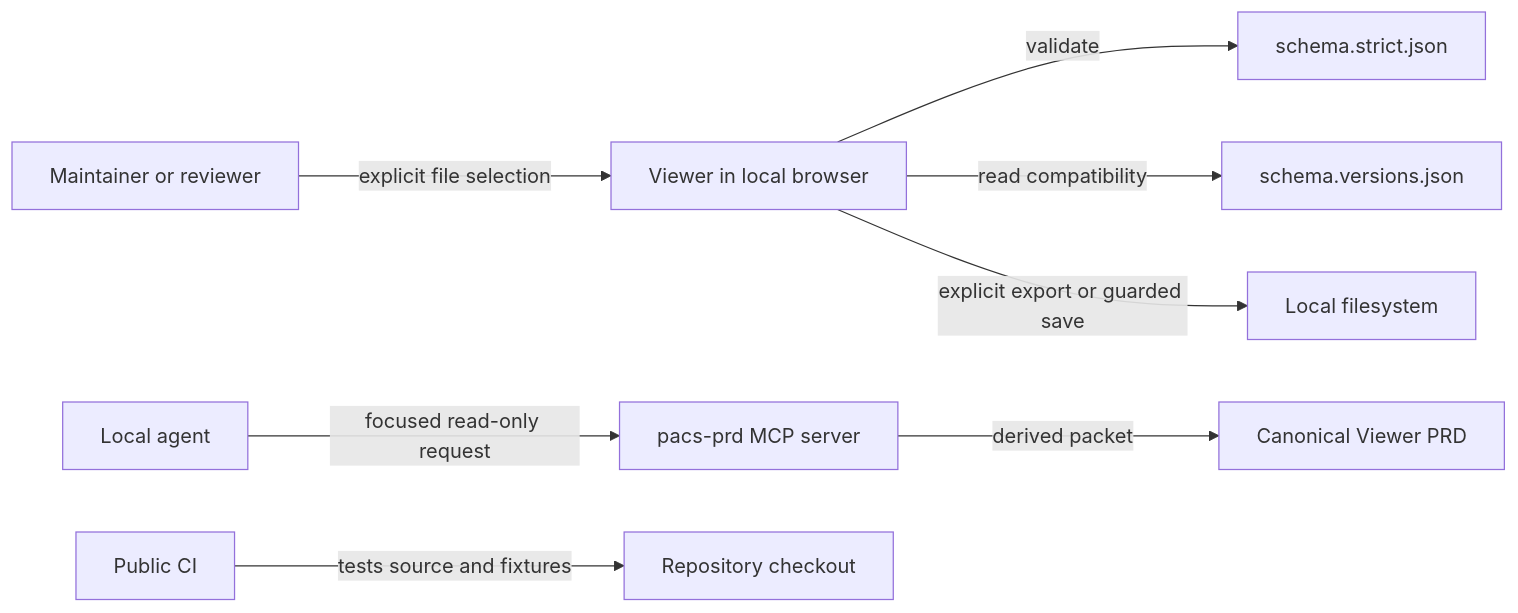
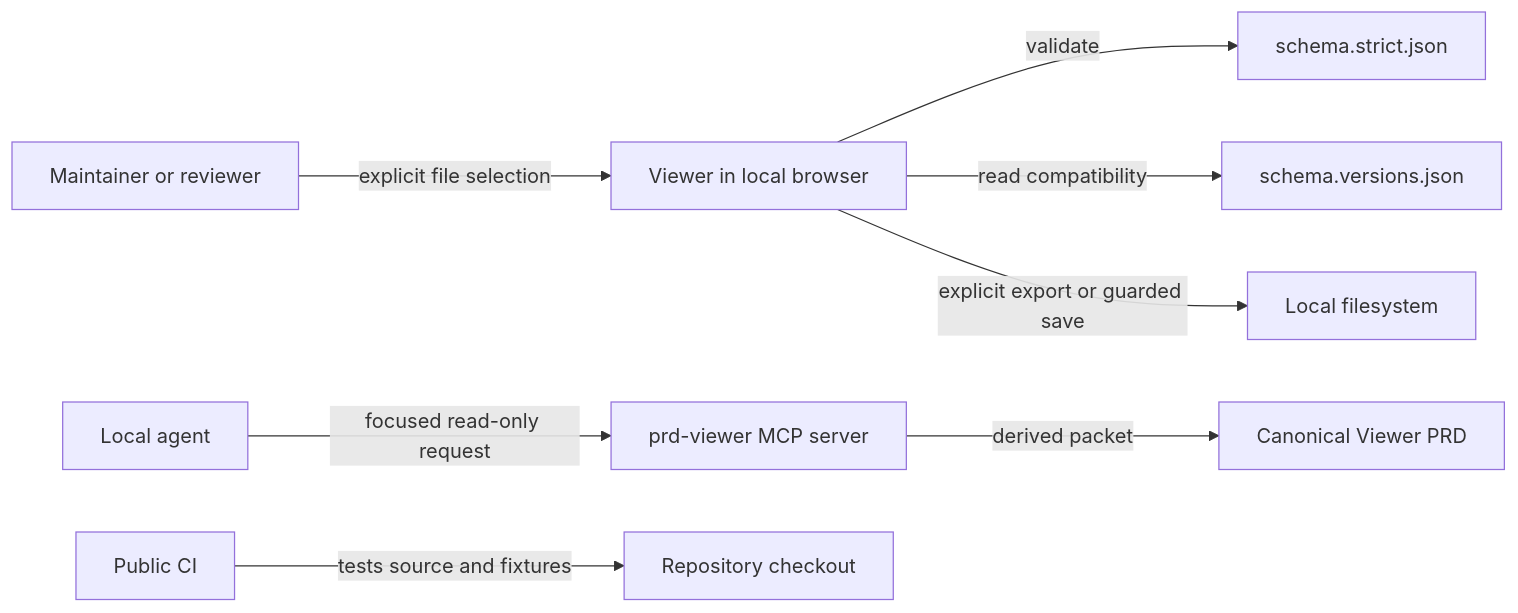
Before and after one commit to DarioDiem/prd-viewer: the diagram in viewer/TRD.md, drawn with Mermaid. The commit also changed other lines of this file and 81 other files, not shown here.

Commit message:
Rename project to PRD Viewer (#1)

````diff
--- a/viewer/TRD.md
+++ b/viewer/TRD.md
@@ -31,10 +31,10 @@
 ```mermaid
 flowchart LR
   U["Maintainer or reviewer"] -->|"explicit file selection"| V["Viewer in local browser"]
   V -->|"validate"| S["schema.strict.json"]
   V -->|"read compatibility"| M["schema.versions.json"]
   V -->|"explicit export or guarded save"| F["Local filesystem"]
-  A["Local agent"] -->|"focused read-only request"| P["pacs-prd MCP server"]
+  A["Local agent"] -->|"focused read-only request"| P["prd-viewer MCP server"]
   P -->|"derived packet"| C["Canonical Viewer PRD"]
   CI["Public CI"] -->|"tests source and fixtures"| R["Repository checkout"]
 ```
````
